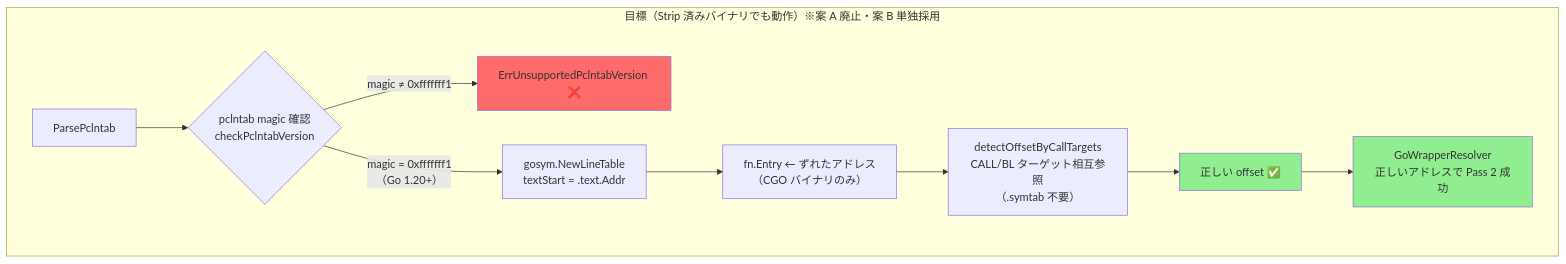
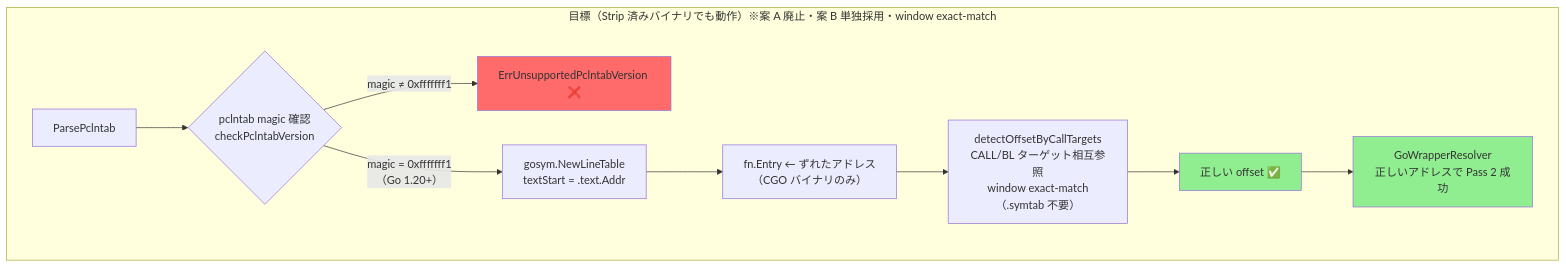
Before and after one commit to isseis/go-safe-cmd-runner: the second of 3 diagrams in docs/tasks/0077_cgo_binary_network_detection/06_architecture_pclntab_symtab_free.md, drawn with Mermaid. The commit also changed other lines of this file and 1 other file, not shown here.

First line of the commit message:
docs(elfanalyzer): replace nearest-neighbor with window exact-match in design docs

````diff
--- a/docs/tasks/0077_cgo_binary_network_detection/06_architecture_pclntab_symtab_free.md
+++ b/docs/tasks/0077_cgo_binary_network_detection/06_architecture_pclntab_symtab_free.md
@@ -21,16 +21,16 @@
 ```mermaid
 flowchart TD
-    subgraph 目標["目標（Strip 済みバイナリでも動作）※案 A 廃止・案 B 単独採用"]
+    subgraph 目標["目標（Strip 済みバイナリでも動作）※案 A 廃止・案 B 単独採用・window exact-match"]
         A2[ParsePclntab] --> M2{"pclntab magic 確認<br>checkPclntabVersion"}
         M2 -->|"magic ≠ 0xfffffff1"| ERR2["ErrUnsupportedPclntabVersion ❌"]
         M2 -->|"magic = 0xfffffff1<br>（Go 1.20+）"| B2["gosym.NewLineTable<br>textStart = .text.Addr"]
         B2 --> C2["fn.Entry ← ずれたアドレス<br>（CGO バイナリのみ）"]
-        C2 --> D2["detectOffsetByCallTargets<br>CALL/BL ターゲット相互参照<br>（.symtab 不要）"]
+        C2 --> D2["detectOffsetByCallTargets<br>CALL/BL ターゲット相互参照<br>window exact-match<br>（.symtab 不要）"]
         D2 --> H2["正しい offset ✅"]
         H2 --> I2["GoWrapperResolver<br>正しいアドレスで Pass 2 成功"]
     end
 
     style H2 fill:#90ee90
     style I2 fill:#90ee90
     style ERR2 fill:#ff6b6b
 ```
````
